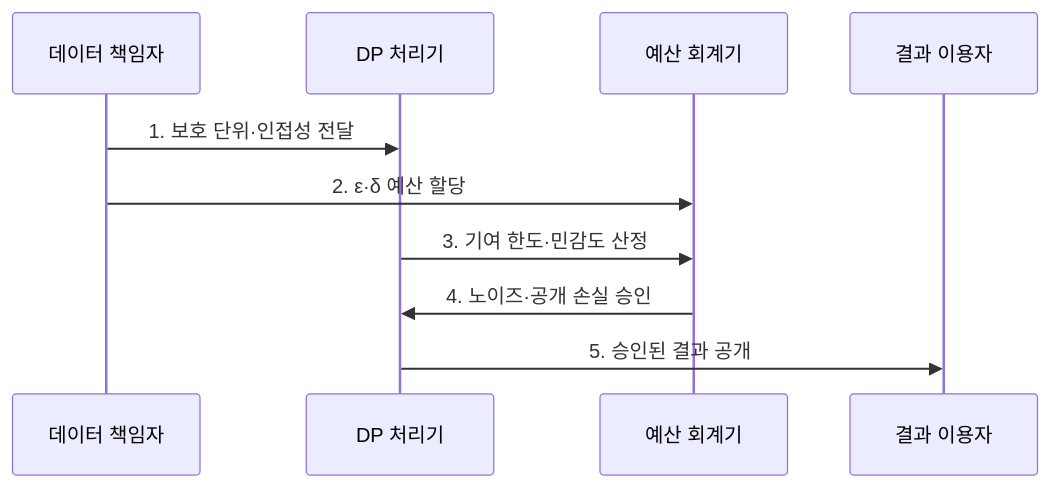
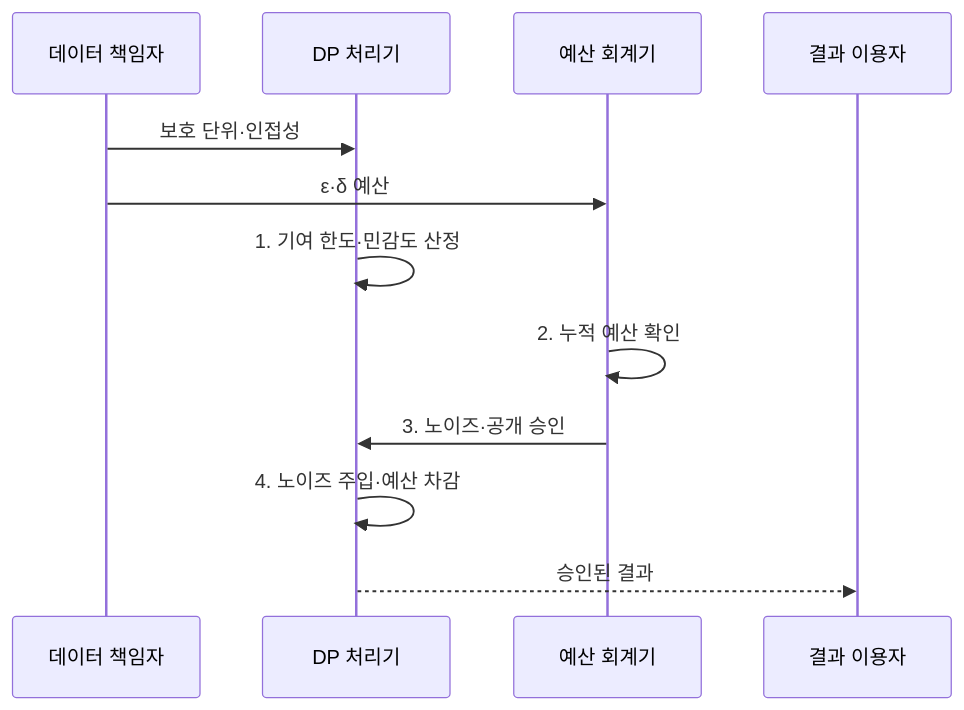
Before and after one commit to agnusdei1207/knowledge-base: the second of 2 diagrams in src/content/docs/notes/05-security/018_differential_privacy.md, drawn with Mermaid. The commit also changed other lines of this file and 20 other files, not shown here.

````diff
--- a/src/content/docs/notes/05-security/018_differential_privacy.md
+++ b/src/content/docs/notes/05-security/018_differential_privacy.md
@@ -94,12 +94,14 @@
 ```mermaid
 sequenceDiagram
     participant O as 데이터 책임자
     participant M as DP 처리기
     participant A as 예산 회계기
     participant U as 결과 이용자
-    O->>M: 1. 보호 단위·인접성 전달
-    O->>A: 2. ε·δ 예산 할당
-    M->>A: 3. 기여 한도·민감도 산정
-    A->>M: 4. 노이즈·공개 손실 승인
-    M->>U: 5. 승인된 결과 공개
+    O->>M: 보호 단위·인접성
+    O->>A: ε·δ 예산
+    M->>M: 1. 기여 한도·민감도 산정
+    A->>A: 2. 누적 예산 확인
+    A->>M: 3. 노이즈·공개 승인
+    M->>M: 4. 노이즈 주입·예산 차감
+    M-->>U: 승인된 결과
 ```
````
